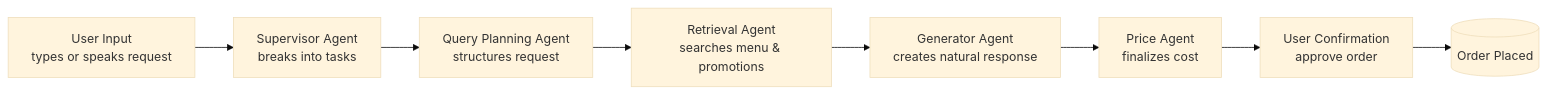
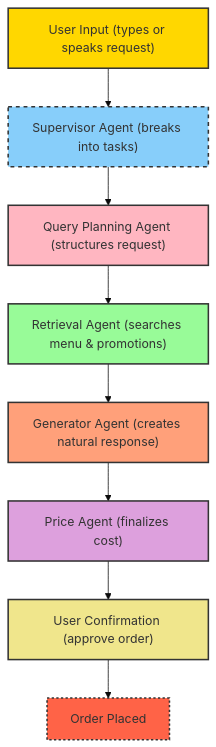
Before and after one commit to TReV-89/food_ordering_agent_glovo: the diagram in Project_Details.md, drawn with Mermaid (base theme).

````diff
--- a/Project_Details.md
+++ b/Project_Details.md
@@ -108,10 +108,20 @@
 ```mermaid
-flowchart LR
-    U[User Input\ntypes or speaks request] --> S[Supervisor Agent\nbreaks into tasks]
-    S --> Q[Query Planning Agent\nstructures request]
-    Q --> R[Retrieval Agent\nsearches menu & promotions]
-    R --> G[Generator Agent\ncreates natural response]
-    G --> P[Price Agent\nfinalizes cost]
-    P --> C[User Confirmation\napprove order]
-    C --> O[(Order Placed)]
+flowchart TD
+    style U fill:#FFD700,stroke:#333,stroke-width:2px
+    style S fill:#87CEFA,stroke:#333,stroke-width:2px,stroke-dasharray: 5 5
+    style Q fill:#FFB6C1,stroke:#333,stroke-width:2px
+    style R fill:#98FB98,stroke:#333,stroke-width:2px
+    style G fill:#FFA07A,stroke:#333,stroke-width:2px
+    style P fill:#DDA0DD,stroke:#333,stroke-width:2px
+    style C fill:#F0E68C,stroke:#333,stroke-width:2px
+    style O fill:#FF6347,stroke:#333,stroke-width:2px,stroke-dasharray: 3 3
+
+    U["User Input (types or speaks request)"] --> S["Supervisor Agent (breaks into tasks)"]
+    S --> Q["Query Planning Agent (structures request)"]
+    Q --> R["Retrieval Agent (searches menu & promotions)"]
+    R --> G["Generator Agent (creates natural response)"]
+    G --> P["Price Agent (finalizes cost)"]
+    P --> C["User Confirmation (approve order)"]
+    C --> O["Order Placed"]
+
 ```
````
